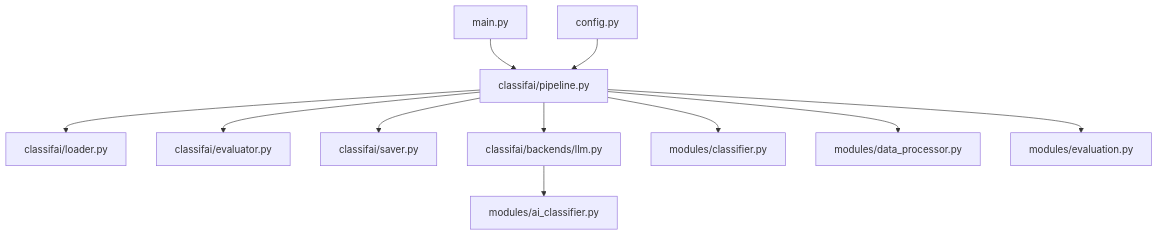
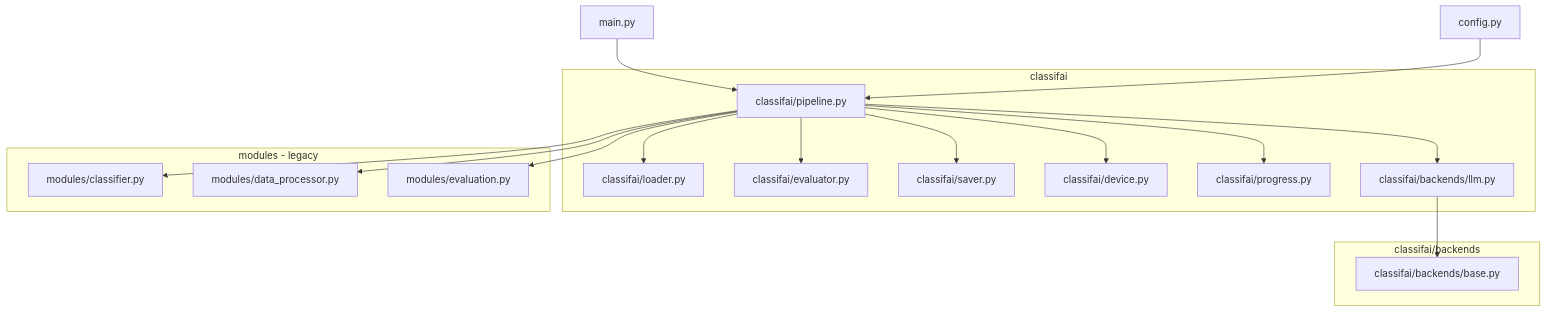
The fifth of 6 diagrams in docs/architecture.md (JuanLara18/Text-Classification-System), drawn with Mermaid before and after one commit. The commit also changed other lines of this file and 1 other file, not shown here.

First line of the commit message:
Enhance architecture documentation with device detection and progress tracking

````diff
--- a/docs/architecture.md
+++ b/docs/architecture.md
@@ -65,15 +116,25 @@
 ```mermaid
 flowchart TD
     main.py --> classifai/pipeline.py
-    classifai/pipeline.py --> classifai/loader.py
-    classifai/pipeline.py --> classifai/evaluator.py
-    classifai/pipeline.py --> classifai/saver.py
-    classifai/pipeline.py --> classifai/backends/llm.py
 
-    classifai/backends/llm.py --> modules/ai_classifier.py
-    classifai/pipeline.py --> modules/classifier.py
-    classifai/pipeline.py --> modules/data_processor.py
-    classifai/pipeline.py --> modules/evaluation.py
+    subgraph classifai
+        classifai/pipeline.py --> classifai/loader.py
+        classifai/pipeline.py --> classifai/evaluator.py
+        classifai/pipeline.py --> classifai/saver.py
+        classifai/pipeline.py --> classifai/device.py
+        classifai/pipeline.py --> classifai/progress.py
+        classifai/pipeline.py --> classifai/backends/llm.py
+    end
+
+    subgraph backends[classifai/backends]
+        classifai/backends/llm.py --> classifai/backends/base.py
+    end
+
+    subgraph legacy[modules - legacy]
+        classifai/pipeline.py --> modules/classifier.py
+        classifai/pipeline.py --> modules/data_processor.py
+        classifai/pipeline.py --> modules/evaluation.py
+    end
 
     config.py --> classifai/pipeline.py
 ```
````
